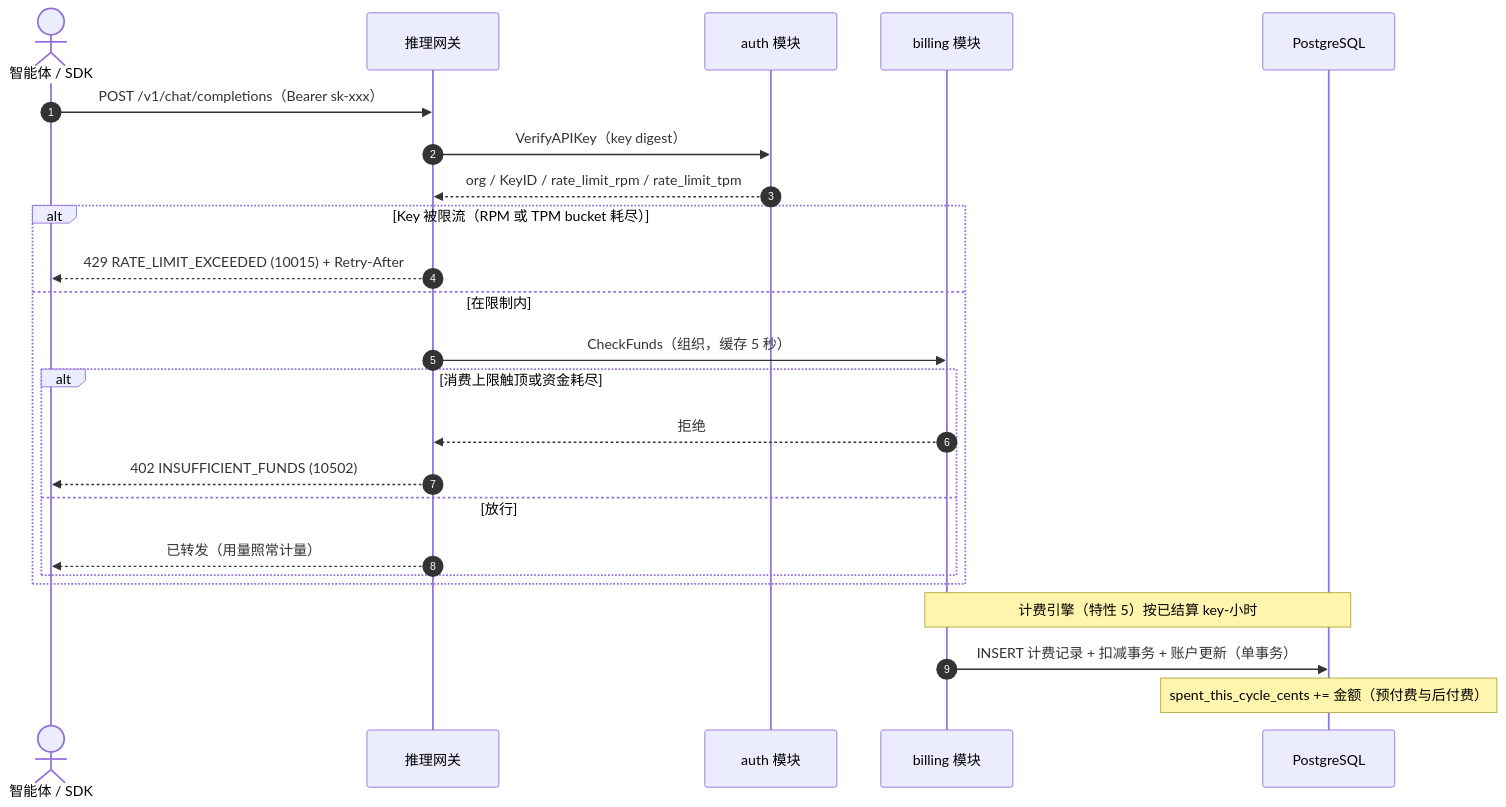
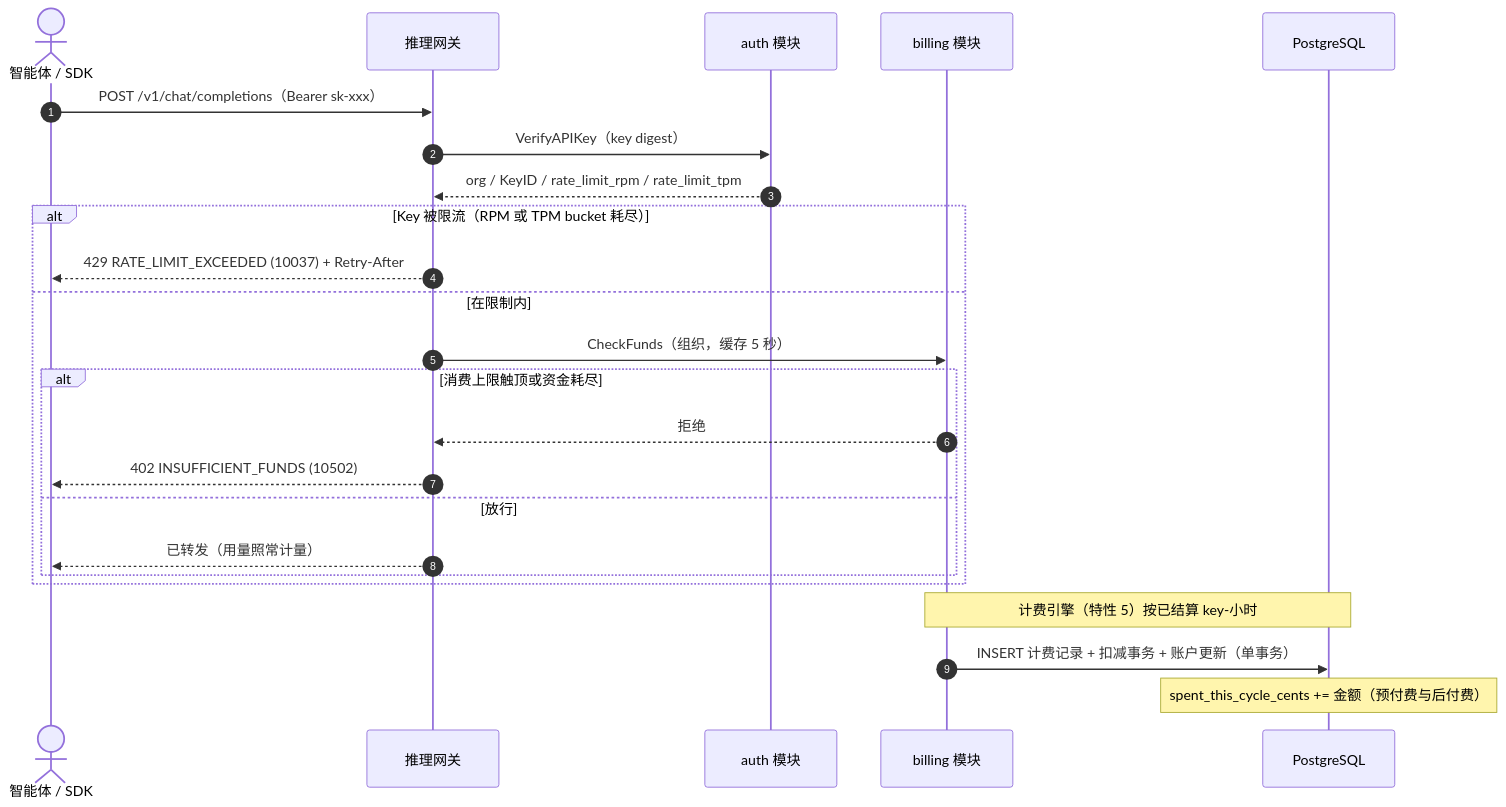
Before and after one commit to go-taas/go-taas: the second of 2 diagrams in site/docs/design/rate-limits-spend-limits.zh-cn.md, drawn with Mermaid. The commit also changed other lines of this file and 209 other files, not shown here.

````diff
--- a/site/docs/design/rate-limits-spend-limits.zh-cn.md
+++ b/site/docs/design/rate-limits-spend-limits.zh-cn.md
@@ -155,27 +155,27 @@
 ```mermaid
 sequenceDiagram
     autonumber
     actor Agent as 智能体 / SDK
     participant DGW as 推理网关
     participant Auth as auth 模块
     participant Bill as billing 模块
     participant DB as PostgreSQL
 
     Agent->>DGW: POST /v1/chat/completions（Bearer sk-xxx）
     DGW->>Auth: VerifyAPIKey（key digest）
     Auth-->>DGW: org / KeyID / rate_limit_rpm / rate_limit_tpm
     alt Key 被限流（RPM 或 TPM bucket 耗尽）
-        DGW-->>Agent: 429 RATE_LIMIT_EXCEEDED (10015) + Retry-After
+        DGW-->>Agent: 429 RATE_LIMIT_EXCEEDED (10037) + Retry-After
     else 在限制内
         DGW->>Bill: CheckFunds（组织，缓存 5 秒）
         alt 消费上限触顶或资金耗尽
             Bill-->>DGW: 拒绝
             DGW-->>Agent: 402 INSUFFICIENT_FUNDS (10502)
         else 放行
             DGW-->>Agent: 已转发（用量照常计量）
         end
     end
     Note over Bill,DB: 计费引擎（特性 5）按已结算 key-小时
     Bill->>DB: INSERT 计费记录 + 扣减事务 + 账户更新（单事务）
     Note over DB: spent_this_cycle_cents += 金额（预付费与后付费）
 ```
````
